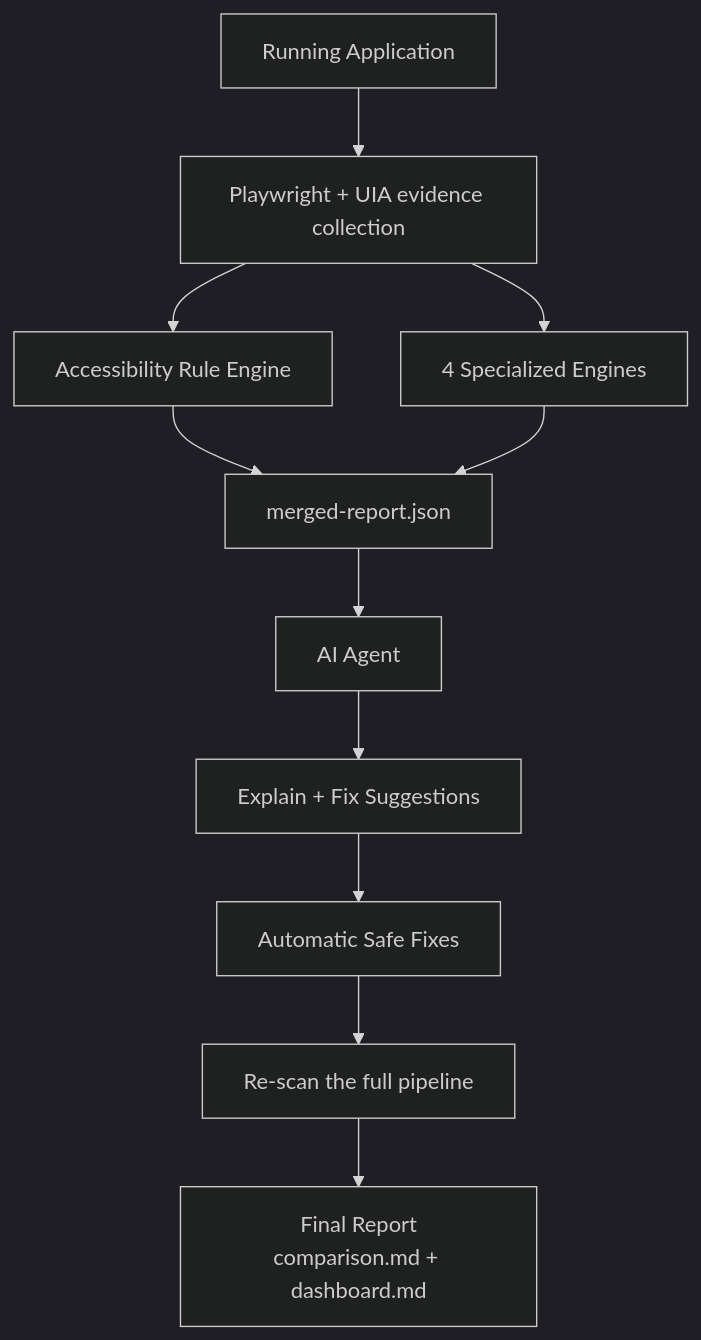
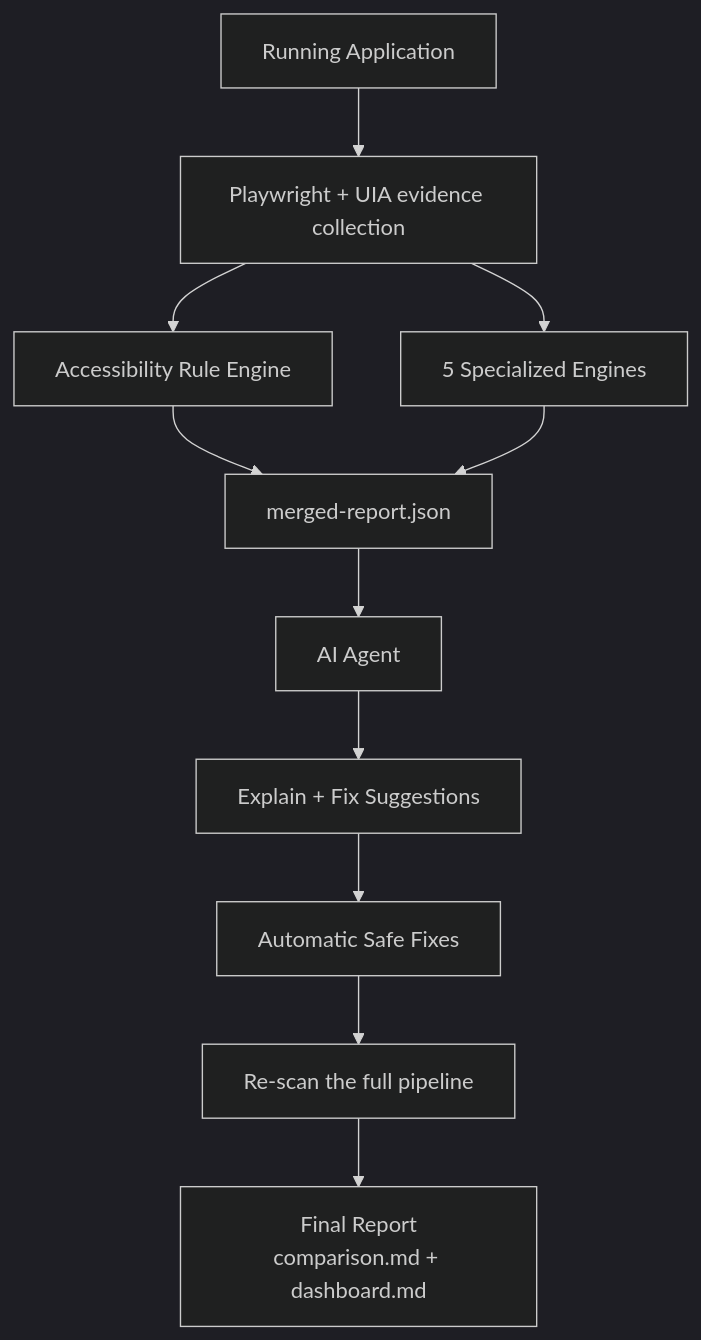
One commit to vivek1952p/GiftApp changed the second of 2 diagrams in ADA Harness/README.md. Above: the diagram before and after it, drawn with Mermaid (dark theme). The commit also changed other lines of this file and 2 other files, not shown here.

Commit message:
readme-architecture-update

````diff
--- a/ADA Harness/README.md
+++ b/ADA Harness/README.md
@@ -877,13 +896,13 @@
 ```mermaid
 flowchart TD
     A[Running Application] --> B[Playwright + UIA evidence collection]
     B --> C[Accessibility Rule Engine]
-    B --> D[4 Specialized Engines]
+    B --> D[5 Specialized Engines]
     C --> F[merged-report.json]
     D --> F
     F --> G[AI Agent]
     G --> H[Explain + Fix Suggestions]
     H --> I[Automatic Safe Fixes]
     I --> J[Re-scan the full pipeline]
     J --> K[Final Report<br/>comparison.md + dashboard.md]
 ```
````
